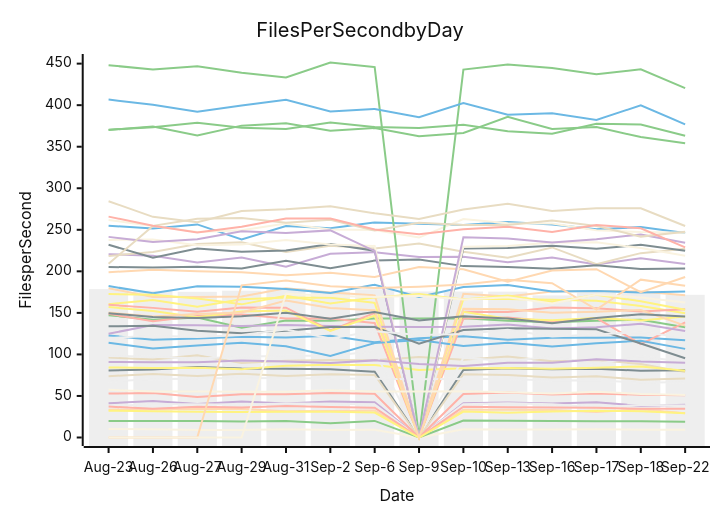
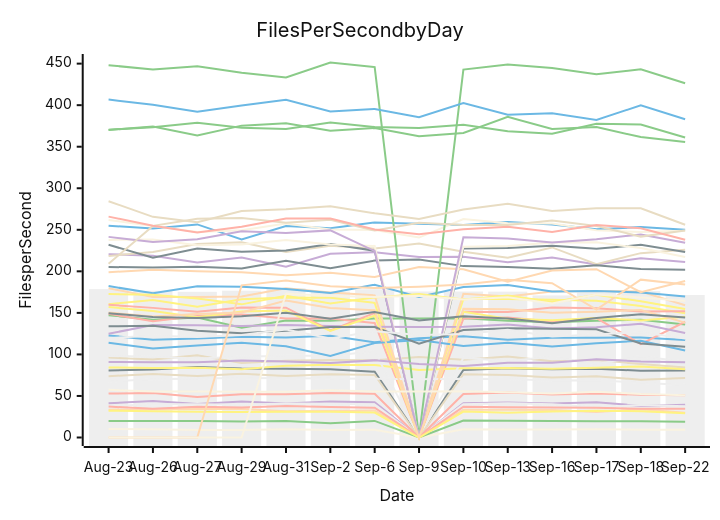
Before and after one commit to streetsidesoftware/cspell: the diagram in perf-report.md, drawn with Mermaid (neutral theme). The commit also changed other lines of this file and 1 other file, not shown here.

````diff
--- a/perf-report.md
+++ b/perf-report.md
@@ -10,56 +10,56 @@
 ```mermaid
 xychart-beta
     title Files Per Second by Day
     y-axis Files per Second
     x-axis Date [Aug-23, Aug-26, Aug-27, Aug-29, Aug-31, Sep-2, Sep-6, Sep-9, Sep-10, Sep-13, Sep-16, Sep-17, Sep-18, Sep-22]
-    bar [178.59, 176.65, 175.34, 176.71, 179.62, 175.68, 178.38, 175.73, 175.70, 175.56, 170.99, 174.42, 176.15, 171.72]
-    line [122.78, 117.70, 119.12, 121.35, 120.42, 122.42, 114.54, 119.33, 121.78, 117.69, 120.09, 120.05, 120.31, 117.01]
-    line [147.23, 141.82, 144.43, 131.99, 140.70, 140.40, 143.33, 143.38, 143.55, 140.59, 138.57, 140.62, 141.72, 132.74]
-    line [41.26, 43.81, 40.27, 43.32, 41.01, 43.29, 42.33, 0.00, 41.15, 42.24, 41.01, 42.53, 38.05, 39.44]
-    line [96.21, 93.90, 98.97, 89.73, 92.49, 93.42, 92.85, 96.99, 93.46, 97.52, 91.70, 93.14, 88.50, 78.69]
-    line [148.79, 140.03, 146.17, 148.08, 143.16, 143.31, 137.86, 0.00, 143.10, 144.41, 139.70, 143.74, 112.39, 138.64]
-    line [160.53, 165.45, 157.28, 166.29, 168.59, 168.11, 162.00, 0.00, 166.81, 166.56, 165.69, 164.68, 158.25, 149.56]
-    line [80.62, 81.99, 84.93, 82.93, 82.69, 82.19, 79.19, 0.00, 81.30, 83.34, 82.19, 82.78, 80.29, 80.94]
-    line [33.44, 33.88, 34.28, 34.29, 31.46, 31.96, 32.39, 0.00, 33.27, 33.48, 33.18, 30.65, 34.02, 29.20]
-    line [10.21, 9.79, 8.96, 9.05, 9.81, 8.92, 9.30, 0.00, 9.85, 9.67, 9.68, 9.92, 9.37, 9.45]
-    line [37.81, 40.07, 40.16, 39.52, 40.88, 40.72, 39.85, 0.00, 39.94, 41.26, 40.08, 36.34, 39.18, 38.49]
-    line [254.96, 251.52, 256.47, 238.41, 254.64, 251.96, 258.89, 257.30, 255.86, 259.52, 256.30, 250.62, 253.31, 246.02]
-    line [19.78, 19.77, 19.75, 19.38, 19.78, 17.23, 19.98, 0.00, 20.38, 20.10, 19.75, 19.58, 19.44, 18.94]
-    line [220.63, 218.66, 210.78, 216.53, 205.56, 221.13, 223.08, 217.30, 217.60, 210.80, 216.66, 208.33, 215.69, 208.69]
-    line [218.52, 223.39, 232.83, 235.11, 223.20, 230.93, 227.50, 233.38, 223.69, 216.25, 228.77, 208.66, 221.89, 227.29]
-    line [37.19, 34.46, 37.13, 36.19, 37.79, 36.83, 35.85, 0.00, 37.06, 36.42, 35.98, 35.70, 34.54, 34.73]
-    line [84.37, 83.76, 83.84, 82.02, 86.32, 87.46, 87.14, 81.35, 83.34, 83.78, 82.79, 83.96, 85.57, 80.38]
-    line [205.16, 204.73, 205.50, 203.46, 212.85, 203.78, 213.00, 214.26, 206.28, 205.22, 203.09, 207.23, 202.88, 203.51]
-    line [179.71, 169.02, 169.12, 169.70, 179.72, 174.42, 171.06, 0.00, 173.10, 169.76, 175.73, 176.36, 175.75, 171.28]
-    line [261.73, 254.45, 247.25, 249.51, 257.53, 250.46, 249.77, 240.66, 262.89, 257.78, 257.49, 249.43, 247.25, 246.32]
-    line [98.20, 97.14, 95.15, 97.31, 98.42, 98.44, 103.61, 0.00, 95.82, 91.96, 97.25, 88.47, 97.89, 90.83]
-    line [182.24, 173.51, 182.05, 181.30, 178.67, 173.82, 183.91, 169.15, 181.18, 183.51, 175.60, 176.44, 174.39, 175.87]
-    line [448.11, 442.87, 446.82, 438.90, 433.22, 451.36, 445.82, 0.00, 442.79, 448.98, 444.77, 437.29, 443.15, 420.51]
-    line [124.86, 135.53, 135.15, 134.28, 135.44, 134.10, 133.16, 133.12, 133.37, 136.08, 131.30, 132.64, 136.81, 128.23]
-    line [73.82, 76.46, 74.01, 76.69, 74.15, 76.26, 75.33, 0.00, 76.18, 75.30, 72.34, 73.59, 69.54, 70.95]
-    line [159.80, 156.02, 151.31, 156.46, 156.20, 128.81, 149.88, 0.00, 151.49, 151.06, 156.36, 155.63, 151.63, 154.30]
-    line [157.05, 152.12, 144.60, 151.74, 152.77, 128.16, 146.70, 0.00, 151.25, 142.95, 141.14, 143.95, 140.92, 145.68]
-    line [231.92, 216.52, 227.39, 223.72, 225.22, 232.84, 224.81, 0.00, 227.34, 228.09, 230.87, 227.16, 231.88, 224.64]
-    line [198.92, 201.94, 200.15, 198.85, 195.27, 198.37, 193.18, 205.21, 202.42, 187.59, 200.94, 202.64, 174.86, 193.22]
-    line [237.83, 238.28, 231.51, 232.29, 237.57, 232.38, 230.54, 0.00, 229.61, 230.62, 234.72, 234.92, 228.04, 218.86]
-    line [67.44, 70.02, 70.97, 71.48, 71.44, 71.07, 70.80, 70.10, 70.83, 70.27, 68.51, 69.01, 65.91, 66.71]
-    line [114.15, 106.99, 110.60, 113.93, 109.73, 98.03, 113.59, 117.23, 110.00, 114.04, 109.51, 113.51, 116.46, 106.67]
-    line [370.41, 373.49, 378.95, 372.79, 371.32, 379.20, 373.63, 372.65, 376.36, 368.52, 365.71, 377.56, 376.77, 363.28]
-    line [241.48, 235.19, 238.66, 248.28, 246.15, 249.29, 224.39, 0.00, 241.04, 239.64, 234.60, 238.64, 244.36, 234.46]
-    line [284.39, 265.58, 259.03, 272.73, 274.59, 278.30, 269.85, 262.88, 274.40, 281.31, 272.54, 275.91, 275.97, 254.61]
-    line [52.81, 53.66, 48.74, 52.00, 52.00, 53.54, 52.52, 0.00, 52.32, 54.12, 51.77, 53.09, 51.40, 51.00]
-    line [32.21, 31.61, 31.00, 30.67, 31.04, 30.96, 30.04, 0.00, 31.22, 29.93, 31.17, 32.23, 31.60, 29.30]
-    line [133.85, 134.48, 128.45, 125.51, 128.57, 133.06, 133.03, 112.77, 129.44, 131.63, 130.97, 130.22, 113.06, 95.42]
-    line [150.33, 145.56, 148.61, 150.44, 164.92, 155.92, 153.19, 0.00, 155.03, 154.46, 150.27, 151.44, 153.53, 134.71]
-    line [57.37, 55.42, 55.44, 54.92, 55.19, 56.79, 55.22, 55.40, 55.63, 54.54, 52.86, 55.21, 52.35, 51.19]
-    line [119.73, 122.40, 121.04, 123.38, 130.04, 119.32, 127.89, 123.29, 124.49, 129.64, 121.66, 124.08, 126.72, 120.51]
-    line [406.75, 400.52, 392.20, 399.70, 406.57, 392.41, 395.48, 385.49, 402.68, 388.38, 390.24, 382.26, 399.81, 376.97]
-    line [370.26, 374.39, 363.66, 375.36, 378.12, 369.19, 372.46, 362.58, 366.57, 385.92, 371.23, 373.66, 361.57, 354.08]
-    line [90.81, 90.69, 90.61, 92.79, 91.57, 89.68, 92.88, 88.59, 86.05, 89.85, 89.86, 94.27, 91.54, 89.99]
-    line [209.05, 254.71, 263.18, 264.22, 258.50, 262.12, 249.11, 258.37, 255.88, 255.75, 261.30, 254.48, 241.79, 247.69]
-    line [265.85, 254.87, 246.75, 253.70, 263.63, 263.57, 250.38, 244.75, 250.69, 253.77, 247.48, 255.65, 251.83, 228.79]
-    line [172.78, 171.71, 167.41, 160.25, 170.61, 161.33, 168.54, 172.61, 166.17, 170.88, 163.08, 171.82, 163.97, 153.74]
-    line [149.65, 145.04, 143.72, 145.86, 150.29, 143.06, 151.08, 140.90, 145.94, 143.19, 137.67, 143.95, 148.30, 145.55]
-    line [0.00, 0.00, 0.00, 183.14, 189.02, 182.17, 179.93, 181.55, 184.12, 189.95, 185.74, 153.97, 189.99, 182.71]
-    line [0.00, 0.00, 0.00, 0.00, 172.99, 170.71, 168.98, 170.63, 166.15, 168.68, 161.23, 172.09, 168.48, 162.45]
+    bar [178.59, 176.65, 175.34, 176.71, 179.62, 175.68, 178.38, 175.73, 175.70, 175.56, 170.99, 174.42, 176.15, 171.49]
+    line [122.78, 117.70, 119.12, 121.35, 120.42, 122.42, 114.54, 119.33, 121.78, 117.69, 120.09, 120.05, 120.31, 117.43]
+    line [147.23, 141.82, 144.43, 131.99, 140.70, 140.40, 143.33, 143.38, 143.55, 140.59, 138.57, 140.62, 141.72, 135.93]
+    line [41.26, 43.81, 40.27, 43.32, 41.01, 43.29, 42.33, 0.00, 41.15, 42.24, 41.01, 42.53, 38.05, 39.43]
+    line [96.21, 93.90, 98.97, 89.73, 92.49, 93.42, 92.85, 96.99, 93.46, 97.52, 91.70, 93.14, 88.50, 84.12]
+    line [148.79, 140.03, 146.17, 148.08, 143.16, 143.31, 137.86, 0.00, 143.10, 144.41, 139.70, 143.74, 112.39, 139.33]
+    line [160.53, 165.45, 157.28, 166.29, 168.59, 168.11, 162.00, 0.00, 166.81, 166.56, 165.69, 164.68, 158.25, 149.51]
+    line [80.62, 81.99, 84.93, 82.93, 82.69, 82.19, 79.19, 0.00, 81.30, 83.34, 82.19, 82.78, 80.29, 80.65]
+    line [33.44, 33.88, 34.28, 34.29, 31.46, 31.96, 32.39, 0.00, 33.27, 33.48, 33.18, 30.65, 34.02, 29.87]
+    line [10.21, 9.79, 8.96, 9.05, 9.81, 8.92, 9.30, 0.00, 9.85, 9.67, 9.68, 9.92, 9.37, 9.23]
+    line [37.81, 40.07, 40.16, 39.52, 40.88, 40.72, 39.85, 0.00, 39.94, 41.26, 40.08, 36.34, 39.18, 37.74]
+    line [254.96, 251.52, 256.47, 238.41, 254.64, 251.96, 258.89, 257.30, 255.86, 259.52, 256.30, 250.62, 253.31, 250.10]
+    line [19.78, 19.77, 19.75, 19.38, 19.78, 17.23, 19.98, 0.00, 20.38, 20.10, 19.75, 19.58, 19.44, 18.99]
+    line [220.63, 218.66, 210.78, 216.53, 205.56, 221.13, 223.08, 217.30, 217.60, 210.80, 216.66, 208.33, 215.69, 211.15]
+    line [218.52, 223.39, 232.83, 235.11, 223.20, 230.93, 227.50, 233.38, 223.69, 216.25, 228.77, 208.66, 221.89, 226.09]
+    line [37.19, 34.46, 37.13, 36.19, 37.79, 36.83, 35.85, 0.00, 37.06, 36.42, 35.98, 35.70, 34.54, 34.55]
+    line [84.37, 83.76, 83.84, 82.02, 86.32, 87.46, 87.14, 81.35, 83.34, 83.78, 82.79, 83.96, 85.57, 82.01]
+    line [205.16, 204.73, 205.50, 203.46, 212.85, 203.78, 213.00, 214.26, 206.28, 205.22, 203.09, 207.23, 202.88, 201.82]
+    line [179.71, 169.02, 169.12, 169.70, 179.72, 174.42, 171.06, 0.00, 173.10, 169.76, 175.73, 176.36, 175.75, 159.14]
+    line [261.73, 254.45, 247.25, 249.51, 257.53, 250.46, 249.77, 240.66, 262.89, 257.78, 257.49, 249.43, 247.25, 248.88]
+    line [98.20, 97.14, 95.15, 97.31, 98.42, 98.44, 103.61, 0.00, 95.82, 91.96, 97.25, 88.47, 97.89, 91.06]
+    line [182.24, 173.51, 182.05, 181.30, 178.67, 173.82, 183.91, 169.15, 181.18, 183.51, 175.60, 176.44, 174.39, 169.65]
+    line [448.11, 442.87, 446.82, 438.90, 433.22, 451.36, 445.82, 0.00, 442.79, 448.98, 444.77, 437.29, 443.15, 426.39]
+    line [124.86, 135.53, 135.15, 134.28, 135.44, 134.10, 133.16, 133.12, 133.37, 136.08, 131.30, 132.64, 136.81, 125.88]
+    line [73.82, 76.46, 74.01, 76.69, 74.15, 76.26, 75.33, 0.00, 76.18, 75.30, 72.34, 73.59, 69.54, 71.59]
+    line [159.80, 156.02, 151.31, 156.46, 156.20, 128.81, 149.88, 0.00, 151.49, 151.06, 156.36, 155.63, 151.63, 151.94]
+    line [157.05, 152.12, 144.60, 151.74, 152.77, 128.16, 146.70, 0.00, 151.25, 142.95, 141.14, 143.95, 140.92, 145.29]
+    line [231.92, 216.52, 227.39, 223.72, 225.22, 232.84, 224.81, 0.00, 227.34, 228.09, 230.87, 227.16, 231.88, 223.22]
+    line [198.92, 201.94, 200.15, 198.85, 195.27, 198.37, 193.18, 205.21, 202.42, 187.59, 200.94, 202.64, 174.86, 188.42]
+    line [237.83, 238.28, 231.51, 232.29, 237.57, 232.38, 230.54, 0.00, 229.61, 230.62, 234.72, 234.92, 228.04, 217.32]
+    line [67.44, 70.02, 70.97, 71.48, 71.44, 71.07, 70.80, 70.10, 70.83, 70.27, 68.51, 69.01, 65.91, 63.15]
+    line [114.15, 106.99, 110.60, 113.93, 109.73, 98.03, 113.59, 117.23, 110.00, 114.04, 109.51, 113.51, 116.46, 104.81]
+    line [370.41, 373.49, 378.95, 372.79, 371.32, 379.20, 373.63, 372.65, 376.36, 368.52, 365.71, 377.56, 376.77, 361.09]
+    line [241.48, 235.19, 238.66, 248.28, 246.15, 249.29, 224.39, 0.00, 241.04, 239.64, 234.60, 238.64, 244.36, 234.31]
+    line [284.39, 265.58, 259.03, 272.73, 274.59, 278.30, 269.85, 262.88, 274.40, 281.31, 272.54, 275.91, 275.97, 256.03]
+    line [52.81, 53.66, 48.74, 52.00, 52.00, 53.54, 52.52, 0.00, 52.32, 54.12, 51.77, 53.09, 51.40, 50.85]
+    line [32.21, 31.61, 31.00, 30.67, 31.04, 30.96, 30.04, 0.00, 31.22, 29.93, 31.17, 32.23, 31.60, 29.23]
+    line [133.85, 134.48, 128.45, 125.51, 128.57, 133.06, 133.03, 112.77, 129.44, 131.63, 130.97, 130.22, 113.06, 109.25]
+    line [150.33, 145.56, 148.61, 150.44, 164.92, 155.92, 153.19, 0.00, 155.03, 154.46, 150.27, 151.44, 153.53, 138.23]
+    line [57.37, 55.42, 55.44, 54.92, 55.19, 56.79, 55.22, 55.40, 55.63, 54.54, 52.86, 55.21, 52.35, 50.94]
+    line [119.73, 122.40, 121.04, 123.38, 130.04, 119.32, 127.89, 123.29, 124.49, 129.64, 121.66, 124.08, 126.72, 119.08]
+    line [406.75, 400.52, 392.20, 399.70, 406.57, 392.41, 395.48, 385.49, 402.68, 388.38, 390.24, 382.26, 399.81, 383.04]
+    line [370.26, 374.39, 363.66, 375.36, 378.12, 369.19, 372.46, 362.58, 366.57, 385.92, 371.23, 373.66, 361.57, 355.78]
+    line [90.81, 90.69, 90.61, 92.79, 91.57, 89.68, 92.88, 88.59, 86.05, 89.85, 89.86, 94.27, 91.54, 90.45]
+    line [209.05, 254.71, 263.18, 264.22, 258.50, 262.12, 249.11, 258.37, 255.88, 255.75, 261.30, 254.48, 241.79, 249.14]
+    line [265.85, 254.87, 246.75, 253.70, 263.63, 263.57, 250.38, 244.75, 250.69, 253.77, 247.48, 255.65, 251.83, 237.98]
+    line [172.78, 171.71, 167.41, 160.25, 170.61, 161.33, 168.54, 172.61, 166.17, 170.88, 163.08, 171.82, 163.97, 154.58]
+    line [149.65, 145.04, 143.72, 145.86, 150.29, 143.06, 151.08, 140.90, 145.94, 143.19, 137.67, 143.95, 148.30, 144.49]
+    line [0.00, 0.00, 0.00, 183.14, 189.02, 182.17, 179.93, 181.55, 184.12, 189.95, 185.74, 153.97, 189.99, 184.11]
+    line [0.00, 0.00, 0.00, 0.00, 172.99, 170.71, 168.98, 170.63, 166.15, 168.68, 161.23, 172.09, 168.48, 164.20]
 ```
````
